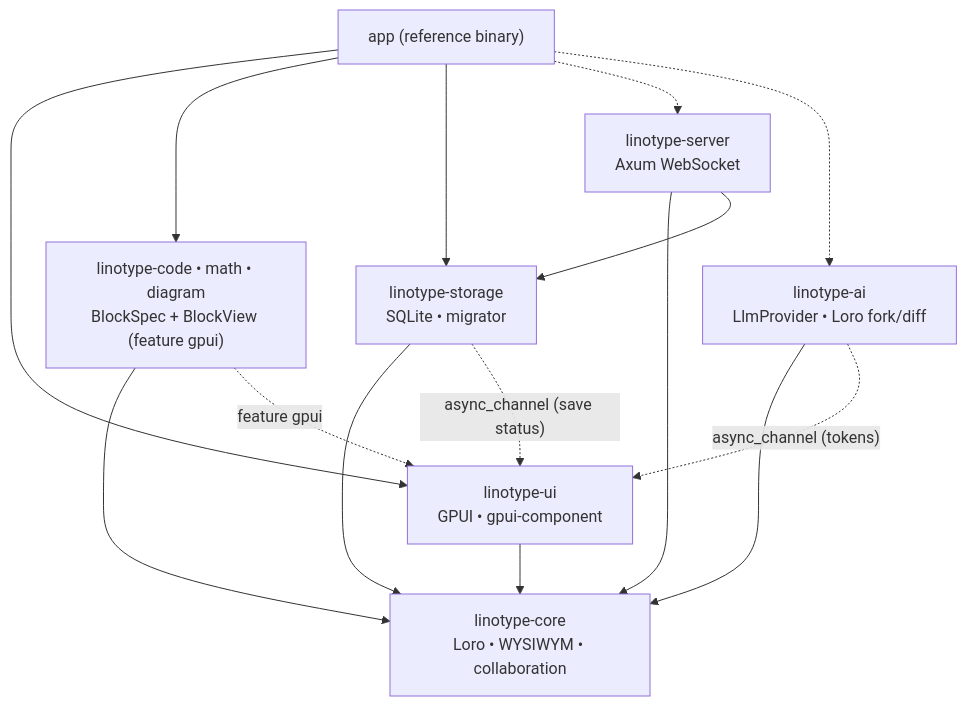
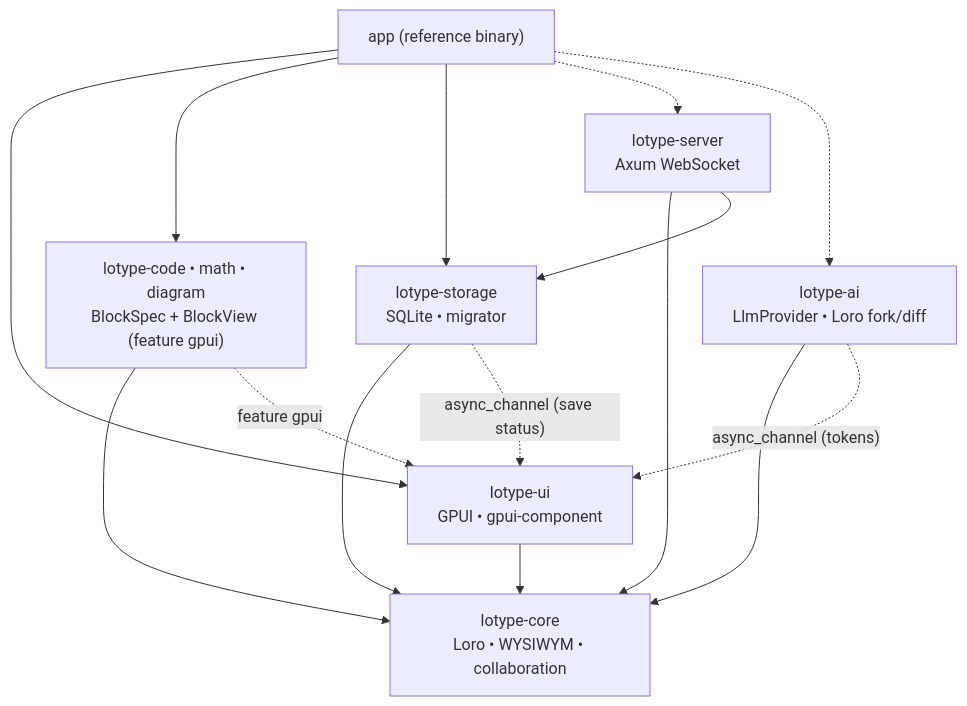
Before and after one commit to lotype/lotype: the diagram in ARCHITECTURE.md, drawn with Mermaid. The commit also changed other lines of this file and 6 other files, not shown here.

````diff
--- a/ARCHITECTURE.md
+++ b/ARCHITECTURE.md
@@ -88,21 +88,21 @@
 ```mermaid
 flowchart TD
     APP["app (reference binary)"]
-    UI["linotype-ui<br/>GPUI • gpui-component"]
-    BLOCKS["linotype-code • math • diagram<br/>BlockSpec + BlockView (feature gpui)"]
-    SERVER["linotype-server<br/>Axum WebSocket"]
-    STORAGE["linotype-storage<br/>SQLite • migrator"]
-    AI["linotype-ai<br/>LlmProvider • Loro fork/diff"]
-    CORE["linotype-core<br/>Loro • WYSIWYM • collaboration"]
+    UI["lotype-ui<br/>GPUI • gpui-component"]
+    BLOCKS["lotype-code • math • diagram<br/>BlockSpec + BlockView (feature gpui)"]
+    SERVER["lotype-server<br/>Axum WebSocket"]
+    STORAGE["lotype-storage<br/>SQLite • migrator"]
+    AI["lotype-ai<br/>LlmProvider • Loro fork/diff"]
+    CORE["lotype-core<br/>Loro • WYSIWYM • collaboration"]
 
     APP --> UI & BLOCKS & STORAGE
     APP -.-> SERVER & AI
     UI --> CORE
     BLOCKS --> CORE
     BLOCKS -. "feature gpui" .-> UI
     SERVER --> CORE & STORAGE
     STORAGE --> CORE
     AI --> CORE
     AI -. "async_channel (tokens)" .-> UI
     STORAGE -. "async_channel (save status)" .-> UI
 ```
````
